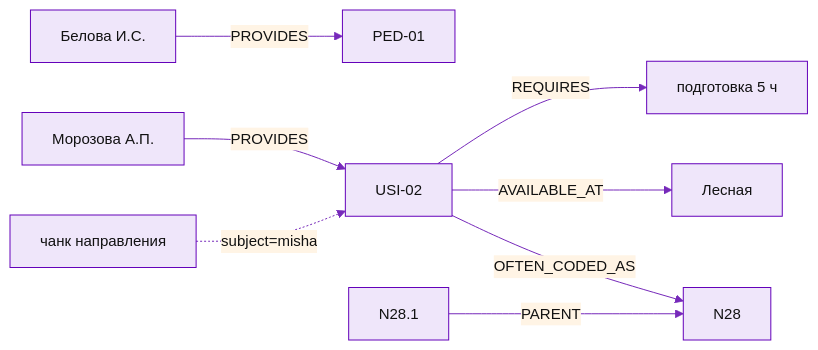
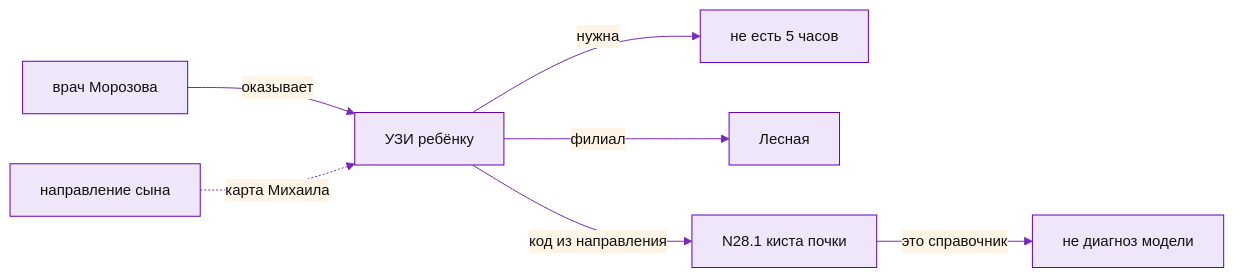
One commit to divisee/otus-ai-architect changed the diagram in final-project/slides/misha-graph.mmd. Above: the diagram before and after it, drawn with Mermaid. The commit also changed 8 other files, not shown here.

```diff
--- a/final-project/slides/misha-graph.mmd
+++ b/final-project/slides/misha-graph.mmd
@@ -1,10 +1,8 @@
-%%{init: {'theme':'base','themeVariables':{'primaryColor':'#efe6fa','primaryTextColor':'#111111','primaryBorderColor':'#6402ba','lineColor':'#7629ba','secondaryColor':'#fff4e5','tertiaryColor':'#f4f4ff','fontFamily':'Roboto, Arial, sans-serif','fontSize':'15px','actorBkg':'#efe6fa','actorBorder':'#6402ba','actorTextColor':'#111111','signalColor':'#6402ba','signalTextColor':'#111111','noteBkgColor':'#fff4e5','noteBorderColor':'#ffab40'}}}%%
-
+%%{init: {'theme':'base','themeVariables':{'primaryColor':'#efe6fa','primaryTextColor':'#111111','primaryBorderColor':'#6402ba','lineColor':'#7629ba','secondaryColor':'#fff4e5','tertiaryColor':'#f4f4ff','fontFamily':'Roboto, Arial, sans-serif','fontSize':'15px'}}}%%
 flowchart LR
-    Belova[Белова И.С.] -->|PROVIDES| PED[PED-01]
-    Morozova[Морозова А.П.] -->|PROVIDES| USI2[USI-02]
-    USI2 -->|REQUIRES| Prep[подготовка 5 ч]
-    USI2 -->|AVAILABLE_AT| Les[Лесная]
-    USI2 -->|OFTEN_CODED_AS| N28[N28]
-    N281[N28.1] -->|PARENT| N28
-    Chunk[чанк направления] -.->|subject=misha| USI2
+    Morozova[врач Морозова] -->|оказывает| USI2[УЗИ ребёнку]
+    USI2 -->|нужна| Prep[не есть 5 часов]
+    USI2 -->|филиал| Les[Лесная]
+    Nap[направление сына] -.->|карта Михаила| USI2
+    USI2 -->|код из направления| N281[N28.1 киста почки]
+    N281 -->|это справочник| Note[не диагноз модели]
```
